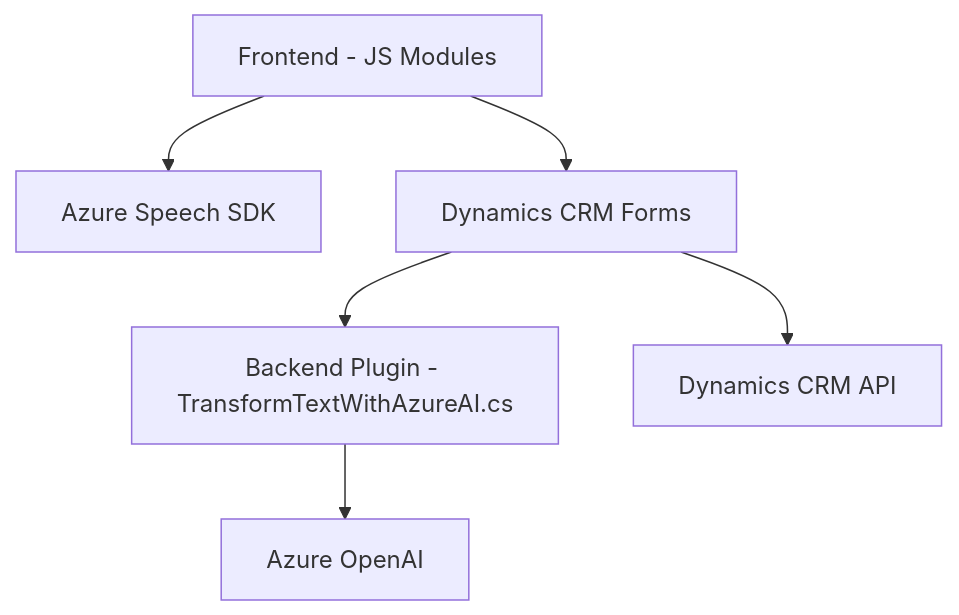
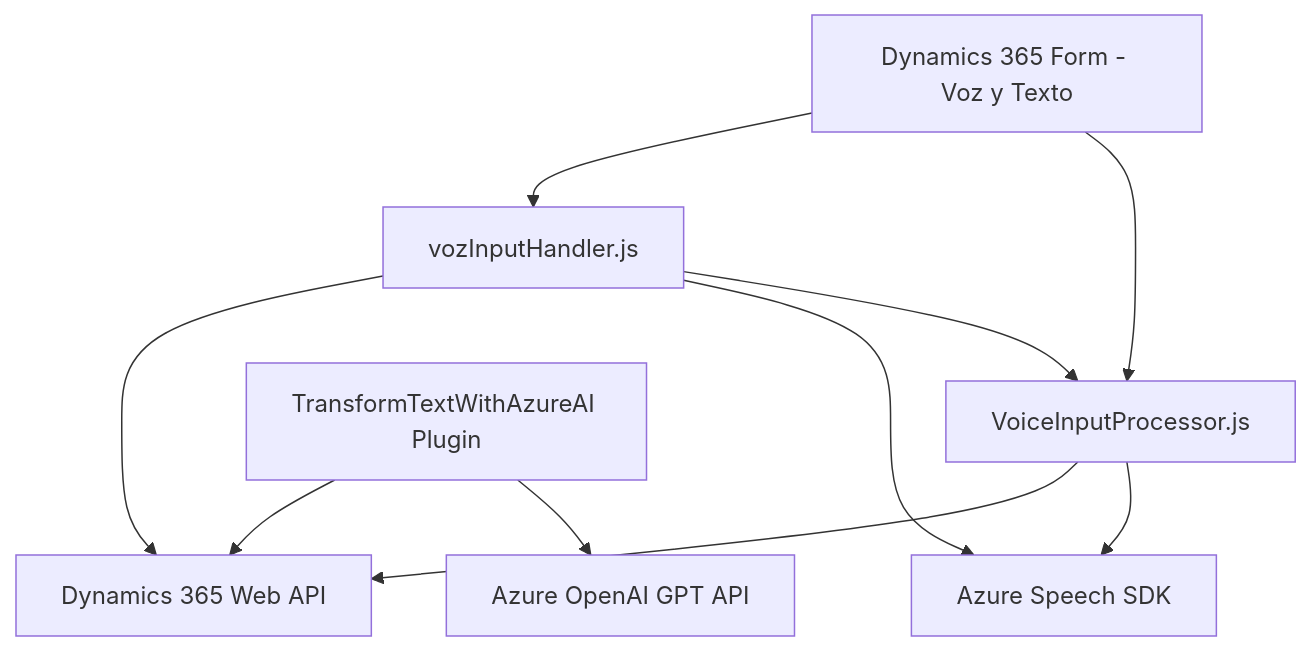
One commit to blopezdm/NETCORE_BILBAO2025 changed the diagram in README.md. Above: the diagram before and after it, drawn with Mermaid. The commit also changed other lines of this file, not shown here.

````diff
--- a/README.md
+++ b/README.md
@@ -46,15 +55,20 @@
 ```mermaid
 graph TD
-    A["Frontend - JS Modules"]
-    B["Azure Speech SDK"]
-    C["Dynamics CRM Forms"]
-    D["Backend Plugin - TransformTextWithAzureAI.cs"]
-    E["Azure OpenAI"]
-    F["Dynamics CRM API"]
-    
+    A["Dynamics 365 Form - Voz y Texto"]
+    B["VoiceInputProcessor.js"]
+    C["vozInputHandler.js"]
+    D["TransformTextWithAzureAI Plugin"]
+    E["Azure Speech SDK"]
+    F["Azure OpenAI GPT API"]
+    G["Dynamics 365 Web API"]
+
     A --> B
     A --> C
-    C --> D
-    D --> E
-    C --> F
+    C --> B
+    B --> E
+    C --> E
+    D --> F
+    D --> G
+    C --> G
+    B --> G
 ```
````
